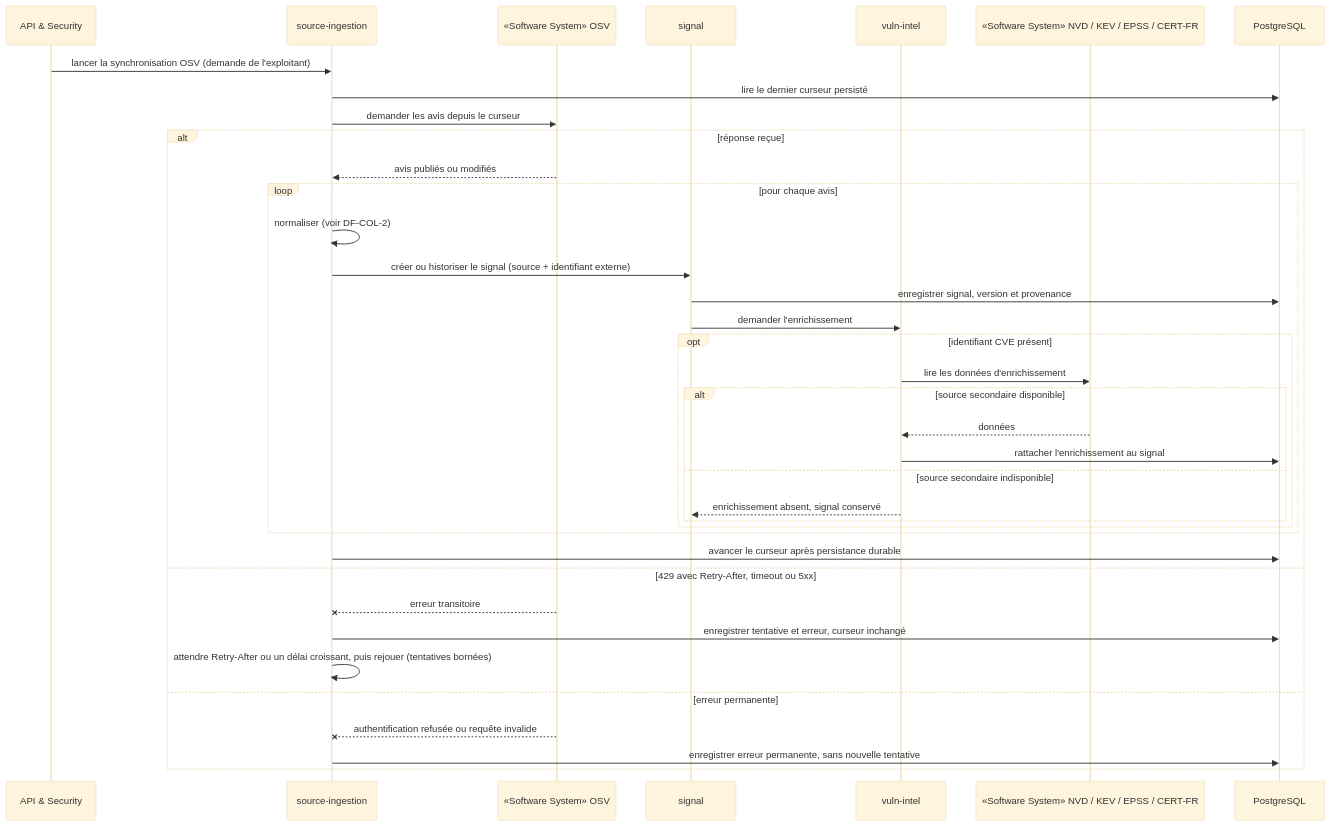
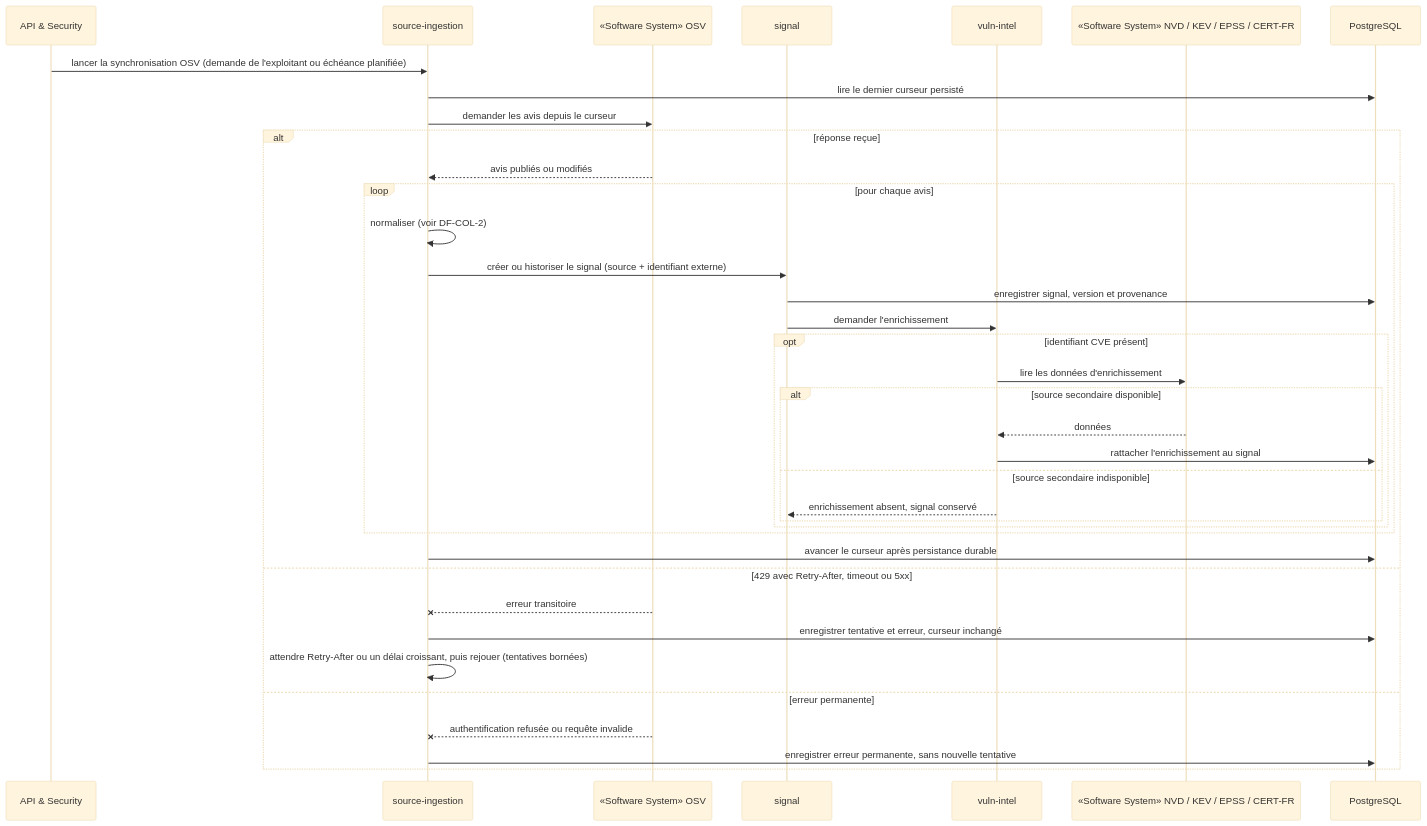
The first of 3 diagrams in docs/specifications/collecte-avis-securite.md (FTurleque/argos-tech-platform), drawn with Mermaid (base theme) before and after one commit. The commit also changed other lines of this file and 7 other files, not shown here.

````diff
--- a/docs/specifications/collecte-avis-securite.md
+++ b/docs/specifications/collecte-avis-securite.md
@@ -92,40 +92,40 @@
 ```mermaid
 sequenceDiagram
     participant Plan as API & Security
     participant Ing as source-ingestion
     participant OSV as «Software System» OSV
     participant Sig as signal
     participant Vuln as vuln-intel
     participant Sec as «Software System» NVD / KEV / EPSS / CERT-FR
     participant DB as PostgreSQL
 
-    Plan->>Ing: lancer la synchronisation OSV (demande de l'exploitant)
+    Plan->>Ing: lancer la synchronisation OSV (demande de l'exploitant ou échéance planifiée)
     Ing->>DB: lire le dernier curseur persisté
     Ing->>OSV: demander les avis depuis le curseur
     alt réponse reçue
         OSV-->>Ing: avis publiés ou modifiés
         loop pour chaque avis
             Ing->>Ing: normaliser (voir DF-COL-2)
             Ing->>Sig: créer ou historiser le signal (source + identifiant externe)
             Sig->>DB: enregistrer signal, version et provenance
             Sig->>Vuln: demander l'enrichissement
             opt identifiant CVE présent
                 Vuln->>Sec: lire les données d'enrichissement
                 alt source secondaire disponible
                     Sec-->>Vuln: données
                     Vuln->>DB: rattacher l'enrichissement au signal
                 else source secondaire indisponible
                     Vuln-->>Sig: enrichissement absent, signal conservé
                 end
             end
         end
         Ing->>DB: avancer le curseur après persistance durable
     else 429 avec Retry-After, timeout ou 5xx
         OSV--xIng: erreur transitoire
         Ing->>DB: enregistrer tentative et erreur, curseur inchangé
         Ing->>Ing: attendre Retry-After ou un délai croissant, puis rejouer (tentatives bornées)
     else erreur permanente
         OSV--xIng: authentification refusée ou requête invalide
         Ing->>DB: enregistrer erreur permanente, sans nouvelle tentative
     end
 ```
````
